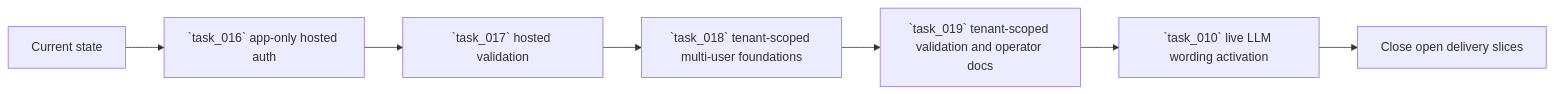
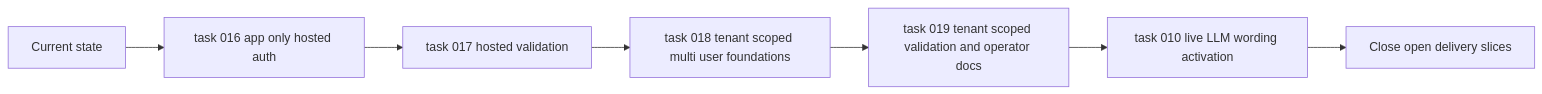
The diagram in logics/tasks/task_020_day_captain_open_roadmap_orchestration.md (AlexAgo83/day-captain), drawn with Mermaid before and after one commit. The commit also changed 40 other files, not shown here.

Commit message:
Normalize Logics Mermaid diagrams

````diff
--- a/logics/tasks/task_020_day_captain_open_roadmap_orchestration.md
+++ b/logics/tasks/task_020_day_captain_open_roadmap_orchestration.md
@@ -18,9 +18,9 @@
 ```mermaid
 flowchart LR
-    Start[Current state] --> Auth[`task_016` app-only hosted auth]
-    Auth --> Hosted[`task_017` hosted validation]
-    Hosted --> Multi[`task_018` tenant-scoped multi-user foundations]
-    Multi --> Ops[`task_019` tenant-scoped validation and operator docs]
-    Ops --> LLM[`task_010` live LLM wording activation]
+    Start[Current state] --> Auth[task 016 app only hosted auth]
+    Auth --> Hosted[task 017 hosted validation]
+    Hosted --> Multi[task 018 tenant scoped multi user foundations]
+    Multi --> Ops[task 019 tenant scoped validation and operator docs]
+    Ops --> LLM[task 010 live LLM wording activation]
     LLM --> Close[Close open delivery slices]
 ```
````
